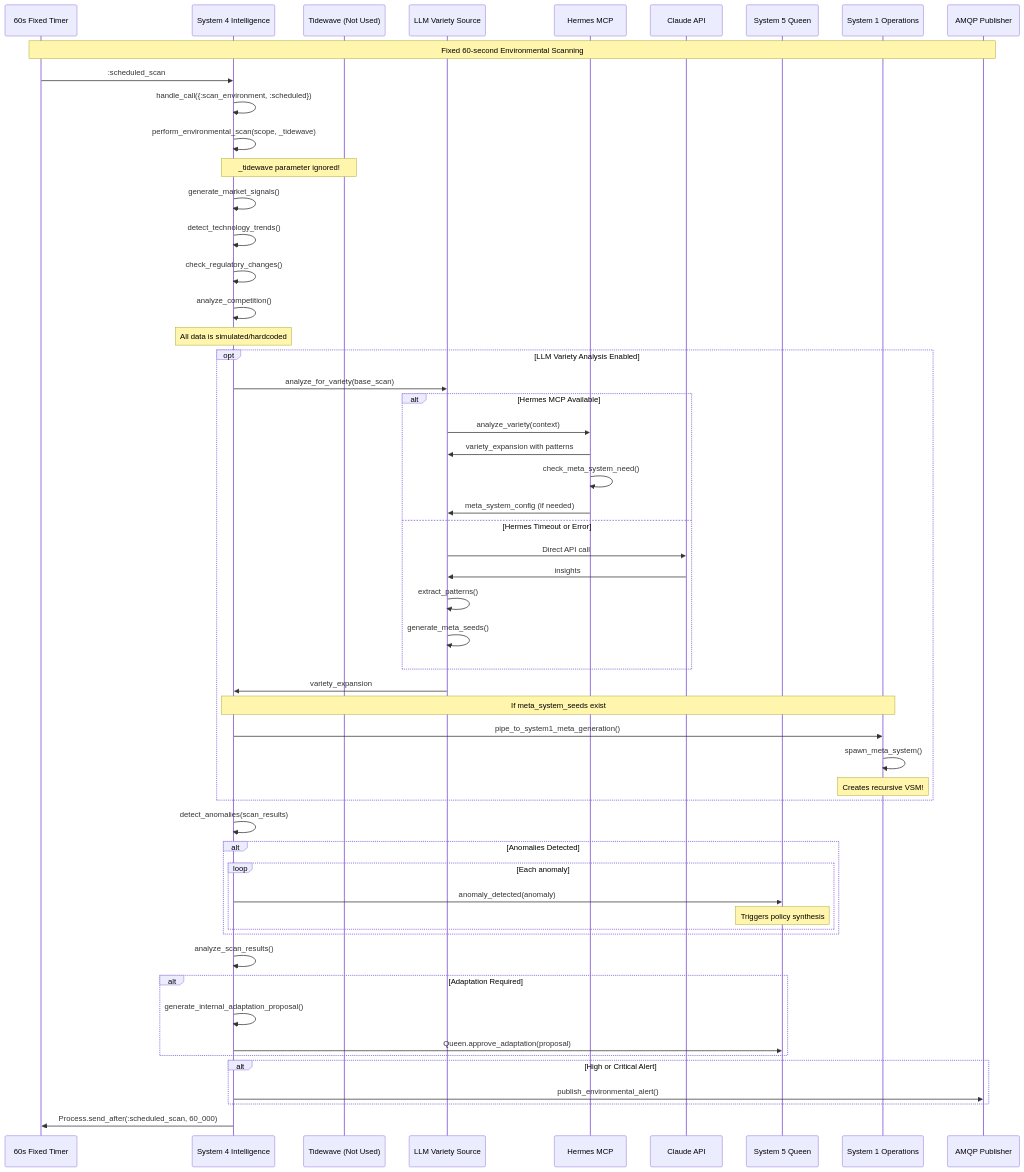
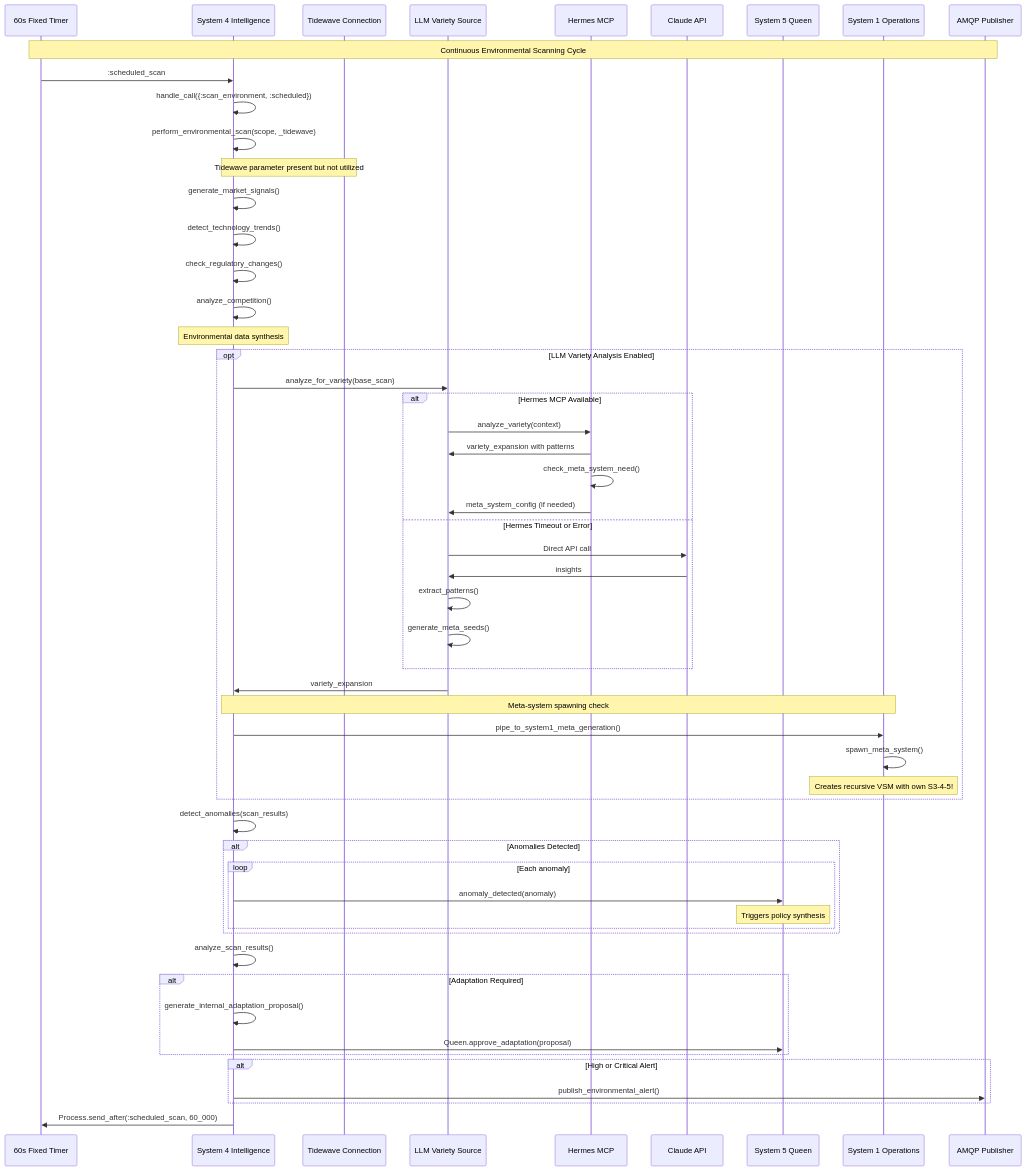
One commit to jmanhype/vsm-phoenix-app changed the first of 9 diagrams in docs/diagrams/10_environmental_scanning.md. Above: the diagram before and after it, drawn with Mermaid. The commit also changed other lines of this file and 1 other file, not shown here.

First line of the commit message:
Rewrite environmental scanning diagram with comprehensive detail

````diff
--- a/docs/diagrams/10_environmental_scanning.md
+++ b/docs/diagrams/10_environmental_scanning.md
@@ -6,78 +6,79 @@
 ```mermaid
 sequenceDiagram
     participant Timer as 60s Fixed Timer
     participant S4 as System 4 Intelligence
-    participant Tidewave as Tidewave (Not Used)
+    participant Tidewave as Tidewave Connection
     participant LLM as LLM Variety Source
     participant Hermes as Hermes MCP
     participant Claude as Claude API
     participant S5 as System 5 Queen
     participant S1 as System 1 Operations
     participant AMQP as AMQP Publisher
 
-    Note over Timer,AMQP: Fixed 60-second Environmental Scanning
+    Note over Timer,AMQP: Continuous Environmental Scanning Cycle
 
     %% Scan Initiation
     Timer->>S4: :scheduled_scan
     S4->>S4: handle_call({:scan_environment, :scheduled})
     
-    %% Environmental Scan (All Simulated Internally)
+    %% Environmental Scan
     S4->>S4: perform_environmental_scan(scope, _tidewave)
-    Note over S4,Tidewave: _tidewave parameter ignored!
+    Note over S4,Tidewave: Tidewave parameter present but not utilized
     
+    %% Data Generation
     S4->>S4: generate_market_signals()
     S4->>S4: detect_technology_trends()
     S4->>S4: check_regulatory_changes()
     S4->>S4: analyze_competition()
-    Note over S4: All data is simulated/hardcoded
+    Note over S4: Environmental data synthesis
     
     %% Optional LLM Variety Analysis
     opt LLM Variety Analysis Enabled
         S4->>LLM: analyze_for_variety(base_scan)
         
         alt Hermes MCP Available
             LLM->>Hermes: analyze_variety(context)
             Hermes->>LLM: variety_expansion with patterns
             Hermes->>Hermes: check_meta_system_need()
             Hermes->>LLM: meta_system_config (if needed)
         else Hermes Timeout or Error
             LLM->>Claude: Direct API call
             Claude->>LLM: insights
             LLM->>LLM: extract_patterns()
             LLM->>LLM: generate_meta_seeds()
         end
         
         LLM->>S4: variety_expansion
         
-        Note over S4,S1: If meta_system_seeds exist
+        Note over S4,S1: Meta-system spawning check
         S4->>S1: pipe_to_system1_meta_generation()
         S1->>S1: spawn_meta_system()
-        Note over S1: Creates recursive VSM!
+        Note over S1: Creates recursive VSM with own S3-4-5!
     end
     
     %% Anomaly Detection
     S4->>S4: detect_anomalies(scan_results)
     
     alt Anomalies Detected
         loop Each anomaly
             S4->>S5: anomaly_detected(anomaly)
             Note over S5: Triggers policy synthesis
         end
     end
     
     %% Adaptation Check
     S4->>S4: analyze_scan_results()
     
     alt Adaptation Required
         S4->>S4: generate_internal_adaptation_proposal()
         S4->>S5: Queen.approve_adaptation(proposal)
     end
     
     %% Alert Publishing
     alt High or Critical Alert
         S4->>AMQP: publish_environmental_alert()
     end
     
     %% Schedule Next Scan
     S4->>Timer: Process.send_after(:scheduled_scan, 60_000)
 ```
````
